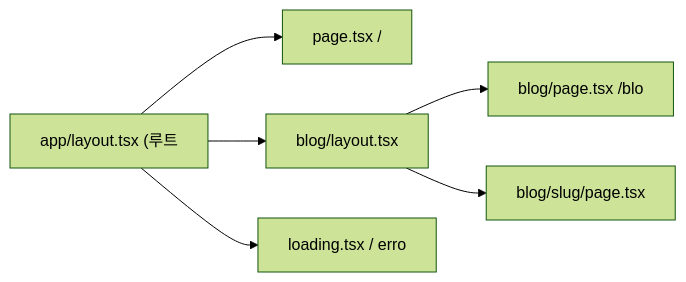
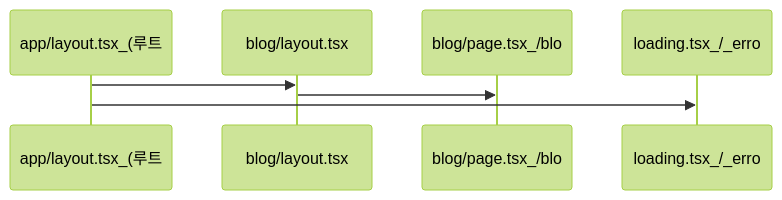
One commit to yjkim2015/yjkim2015.github.io changed the fourth of 6 diagrams in _posts/frontend/2026-05-02-nextjs-fundamentals.md. Above: the diagram before and after it, drawn with Mermaid (forest theme). The commit also changed other lines of this file and 89 other files, not shown here.

First line of the commit message:
복잡한 flowchart 163개 → sequenceDiagram 변환 (90파일)

````diff
--- a/_posts/frontend/2026-05-02-nextjs-fundamentals.md
+++ b/_posts/frontend/2026-05-02-nextjs-fundamentals.md
@@ -165,7 +165,6 @@
 ```mermaid
-graph LR
-    ROOT["app/layout.tsx (루트"] --> HOME["page.tsx /"]
-    ROOT --> BLOG["blog/layout.tsx"]
-    BLOG --> BP["blog/page.tsx /blo"] & BD["blog/slug/page.tsx"]
-    ROOT --> SP["loading.tsx / erro"]
+sequenceDiagram
+    app/layout.tsx_(루트->>blog/layout.tsx: 
+    blog/layout.tsx->>blog/page.tsx_/blo: 
+    app/layout.tsx_(루트->>loading.tsx_/_erro: 
 ```
````
